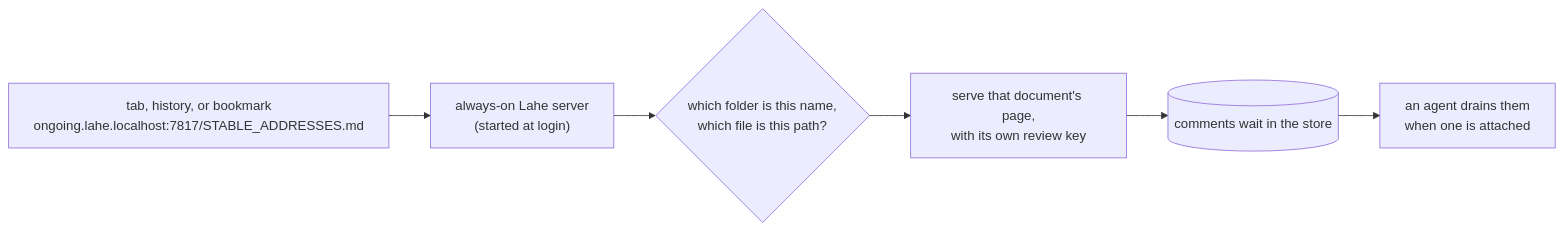
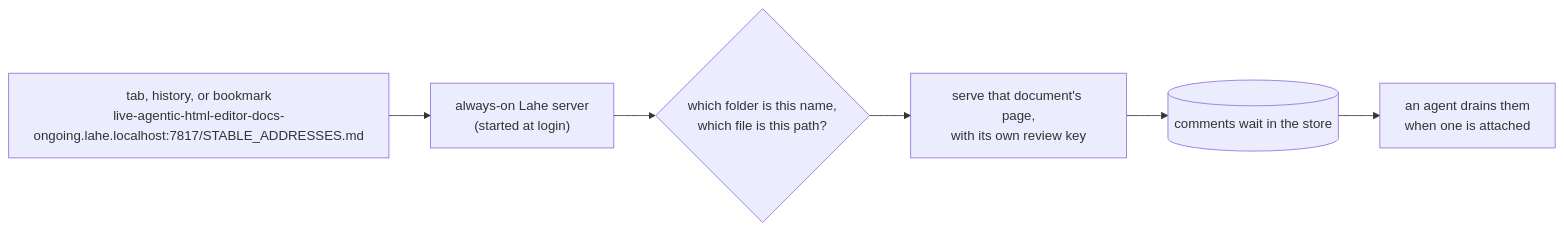
Before and after one commit to kenxle/live-agentic-html-editor: the second of 2 diagrams in docs/features/20261011.02_stable_addresses/01_brief_stable_addresses.md, drawn with Mermaid. The commit also changed other lines of this file and 6 other files, not shown here.

Commit message:
Stable addresses: names use the folder plus two parents, since Ken reuses folder layouts across repos

````diff
--- a/docs/features/20261011.02_stable_addresses/01_brief_stable_addresses.md
+++ b/docs/features/20261011.02_stable_addresses/01_brief_stable_addresses.md
@@ -56,8 +56,8 @@
 ```mermaid
 flowchart LR
-    Tab["tab, history, or bookmark<br/>ongoing.lahe.localhost:7817/STABLE_ADDRESSES.md"] --> Server["always-on Lahe server<br/>(started at login)"]
+    Tab["tab, history, or bookmark<br/>live-agentic-html-editor-docs-ongoing.lahe.localhost:7817/STABLE_ADDRESSES.md"] --> Server["always-on Lahe server<br/>(started at login)"]
     Server --> Which{"which folder is this name,<br/>which file is this path?"}
     Which --> Doc["serve that document's page,<br/>with its own review key"]
     Doc --> Store[("comments wait in the store")]
     Store --> Agent["an agent drains them<br/>when one is attached"]
 ```
````
